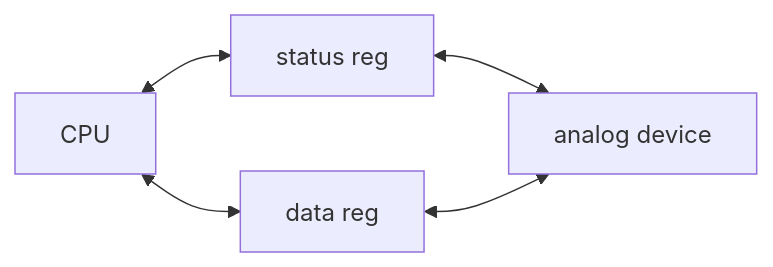
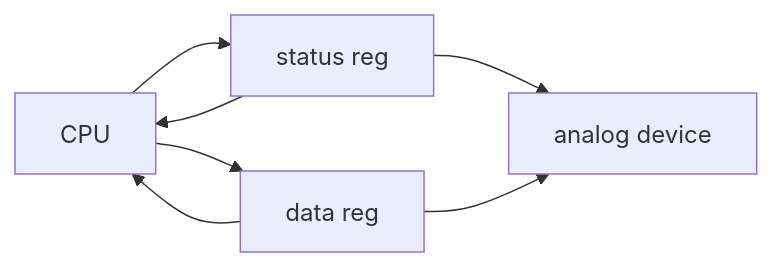
One commit to Luo-Jiayi/Luo-Jiayi.github.io changed the second of 9 diagrams in _posts/2025-05-26-embeddedSys.md. Above: the diagram before and after it, drawn with Mermaid. The commit also changed other lines of this file, not shown here.

````diff
--- a/_posts/2025-05-26-embeddedSys.md
+++ b/_posts/2025-05-26-embeddedSys.md
@@ -78,11 +98,13 @@
 ```mermaid
 graph LR;
-A[CPU]
-B[status reg]
-C[data reg]
-D[analog device]
-A<-->B;
-A<-->C;
-B<-->D;
-C<-->D;
+A["CPU"]
+B["status reg"]
+C["data reg"]
+D["analog device"]
+A-->B;
+B-->A;
+A-->C;
+C-->A;
+B-->D;
+C-->D;
 ```
````
